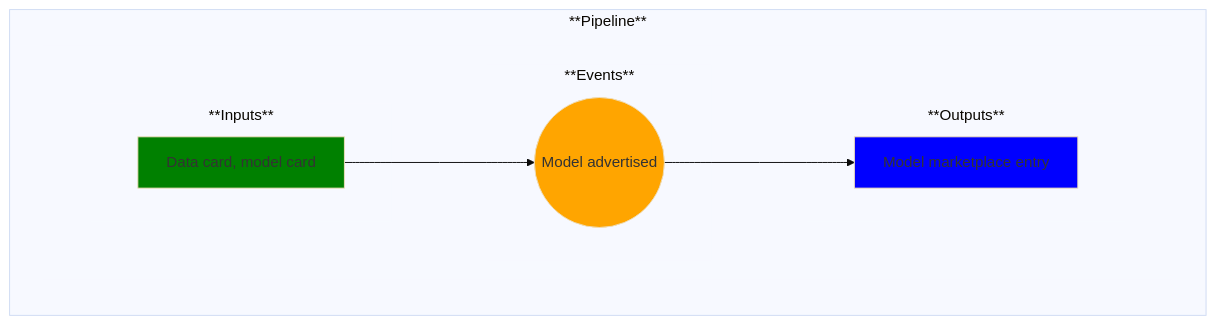
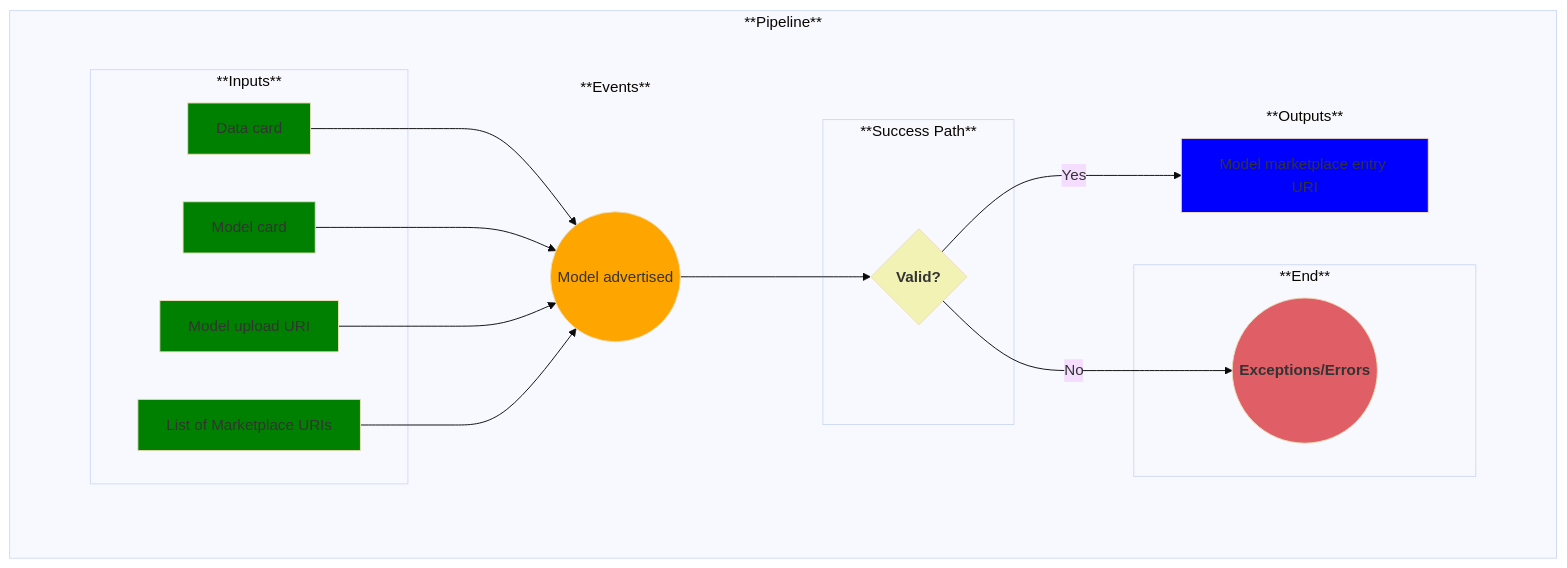
Before and after one commit to MLOps-OpenAPI/arch-diagrams: the diagram in use-cases/17-model-marketplace.md, drawn with Mermaid (base theme). The commit also changed other lines of this file and 1 other file, not shown here.

Commit message:
UC17 updated + UC20 input formatting updated

```diff
--- a/use-cases/17-model-marketplace.md
+++ b/use-cases/17-model-marketplace.md
@@ -29,33 +34,67 @@
 
             %% Add the rest of the nodes
             subgraph Inputs ["**Inputs**"]
-                A
+                A1
+            end
+            subgraph Inputs ["**Inputs**"]
+                A2
+            end            
+            subgraph Inputs ["**Inputs**"]
+                A3
+            end
+            subgraph Inputs ["**Inputs**"]
+                A4
             end
             subgraph Events ["**Events**"]
                 B
             end
-            subgraph Outputs ["**Outputs**"]
+            subgraph Success ["**Success Path**"]
                 C
             end
+            subgraph End ["**End**"]
+                E
+            end
+            subgraph Outputs ["**Outputs**"]
+                D
+            end
         end
-        A-->B
+        A1-->B
+        A2-->B
+        A3-->B
+        A4-->B
         %%C--> | test text | D
         B-->C
+        C--> |Yes | D
+        C--> |No | E
         %%D--> | test text | E
     end
 
     %% Now label and style the blocks
     %% Note: You could have done this above, but I find this to be cleaner and easier to manage
 
-    A[Data card, model card]
-    style A fill:green
+    A1[Data card]
+    style A1 fill:green
+    
+    A2[Model card]
+    style A2 fill:green
+
+    A3[Model upload URI]
+    style A3 fill:green
+
+    A4[List of Marketplace URIs]
+    style A4 fill:green
 
     B((Model advertised))
     style B fill:orange
 
-    C[Model marketplace entry]
-    style C fill:blue
+    C{<b>Valid?</b>}
+    style C fill:#f1f2b3
 
+    E((<b>Exceptions/Errors</b>))
+    style E fill:#e05e65
+
+    D[Model marketplace entry URI]
+    style D fill:blue
     %% Remove unnecessary box outlines
     style invisibleSpace stroke-width:0
     style Inputs stroke-width:0
```
